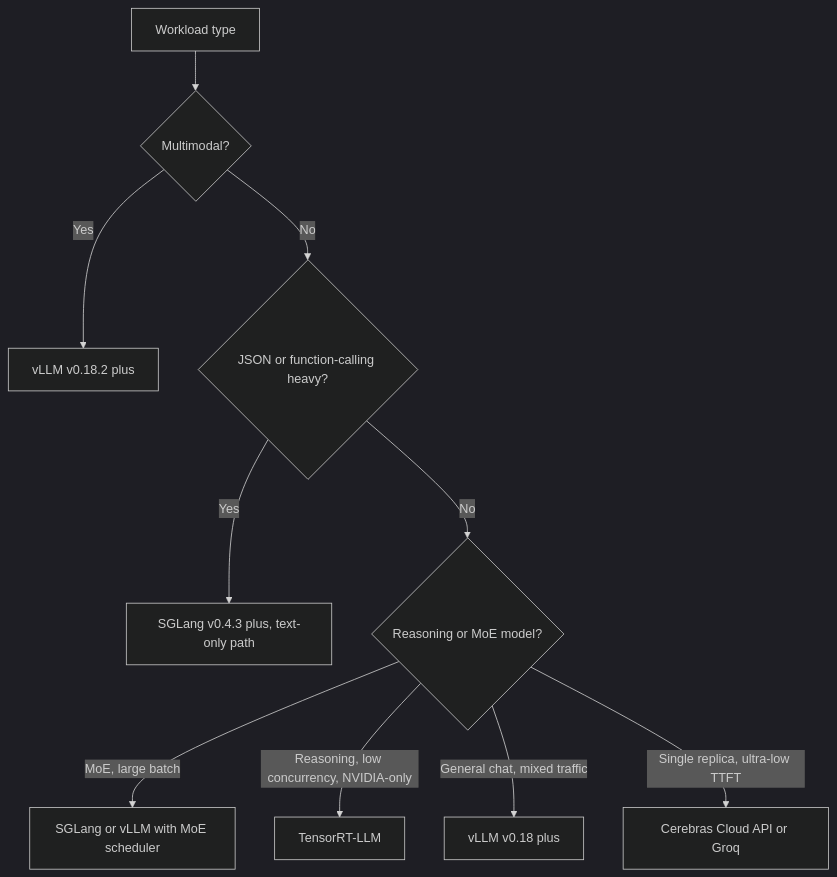
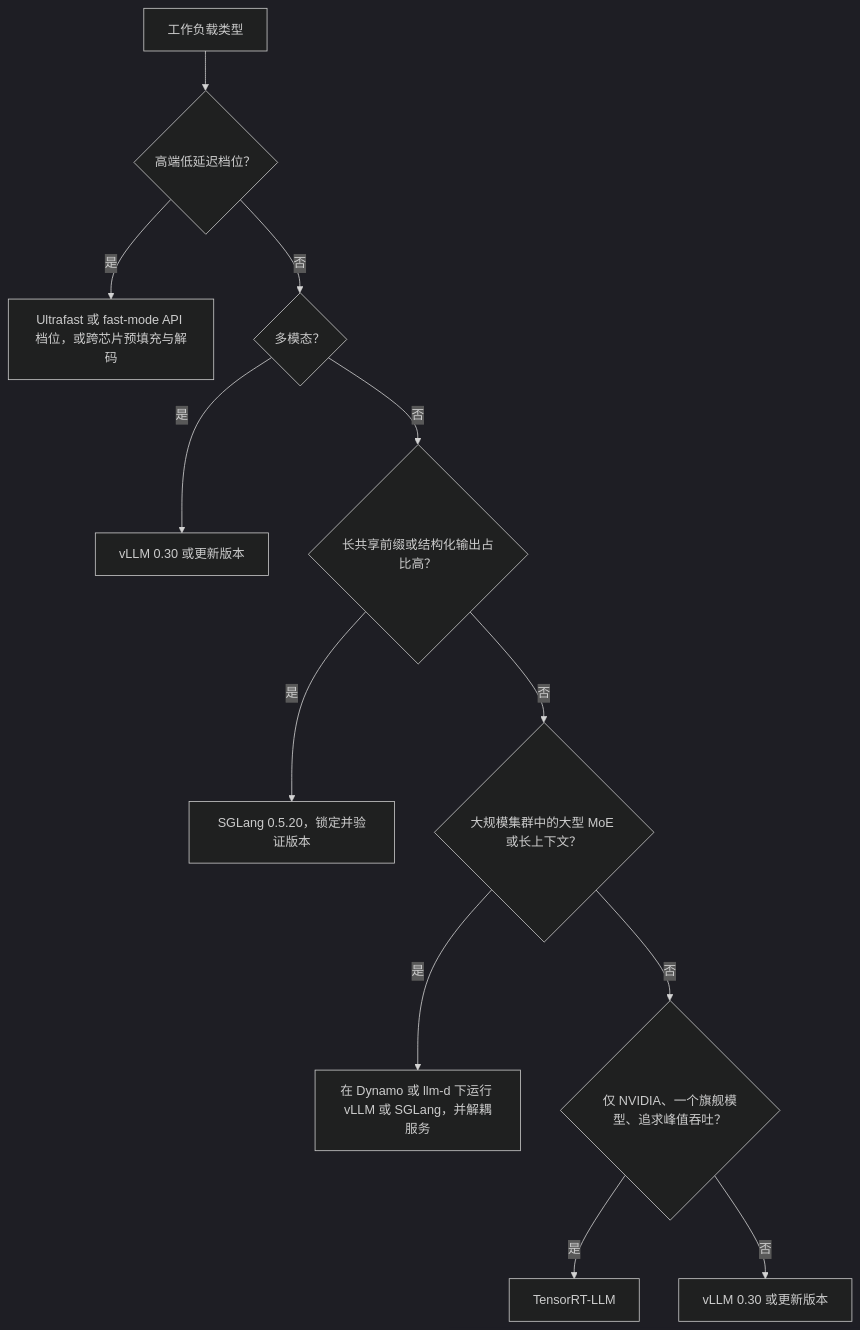
One commit to ChiHoc/ai-system-design-guide-zh changed the diagram in 04-inference-optimization/06-serving-infrastructure.md. Above: the diagram before and after it, drawn with Mermaid (dark theme). The commit also changed other lines of this file and 149 other files, not shown here.

````diff
--- a/04-inference-optimization/06-serving-infrastructure.md
+++ b/04-inference-optimization/06-serving-infrastructure.md
@@ -131,12 +153,14 @@
 ```mermaid
 flowchart TD
-    A[Workload type] --> B{Multimodal?}
-    B -->|Yes| C[vLLM v0.18.2 plus]
-    B -->|No| D{JSON or function-calling heavy?}
-    D -->|Yes| E[SGLang v0.4.3 plus, text-only path]
-    D -->|No| F{Reasoning or MoE model?}
-    F -->|MoE, large batch| G[SGLang or vLLM with MoE scheduler]
-    F -->|Reasoning, low concurrency, NVIDIA-only| H[TensorRT-LLM]
-    F -->|General chat, mixed traffic| I[vLLM v0.18 plus]
-    F -->|Single replica, ultra-low TTFT| J[Cerebras Cloud API or Groq]
+    A[工作负载类型] --> B{高端低延迟档位？}
+    B -->|是| L[Ultrafast 或 fast-mode API 档位，或跨芯片预填充与解码]
+    B -->|否| C{多模态？}
+    C -->|是| D[vLLM 0.30 或更新版本]
+    C -->|否| E{长共享前缀或结构化输出占比高？}
+    E -->|是| F[SGLang 0.5.20，锁定并验证版本]
+    E -->|否| G{大规模集群中的大型 MoE 或长上下文？}
+    G -->|是| H[在 Dynamo 或 llm-d 下运行 vLLM 或 SGLang，并解耦服务]
+    G -->|否| I{仅 NVIDIA、一个旗舰模型、追求峰值吞吐？}
+    I -->|是| J[TensorRT-LLM]
+    I -->|否| K[vLLM 0.30 或更新版本]
 ```
````
